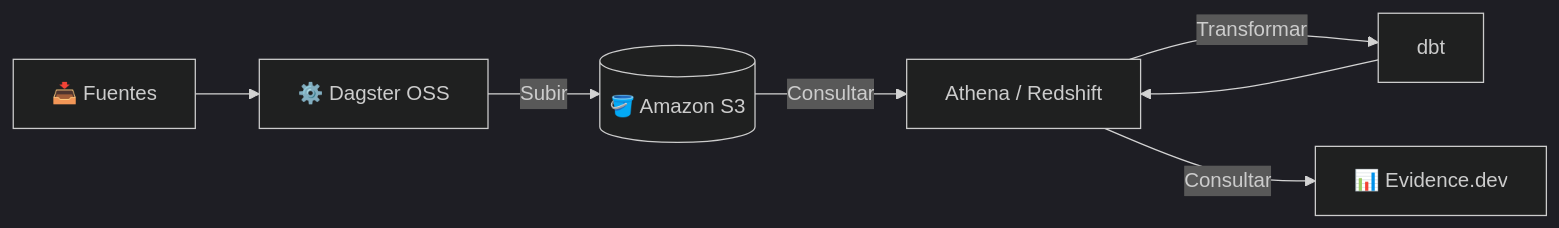
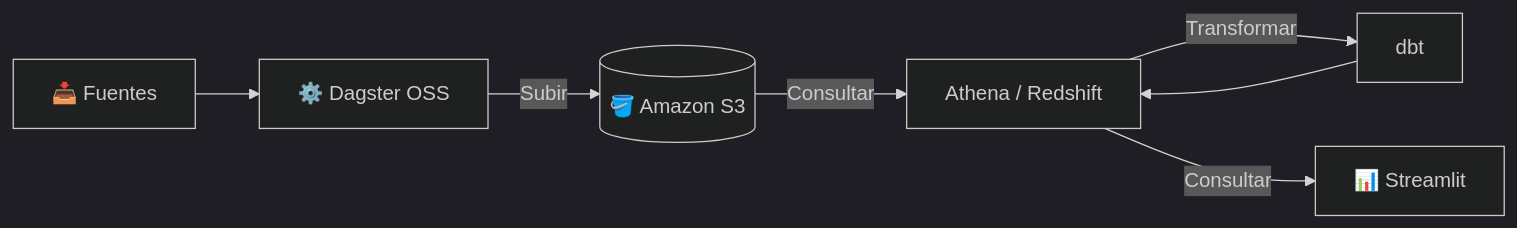
One commit to qwermk/National_Tourism_Project changed the fourth of 4 diagrams in README.es.md. Above: the diagram before and after it, drawn with Mermaid (dark theme). The commit also changed other lines of this file and 53 other files, not shown here.

````diff
--- a/README.es.md
+++ b/README.es.md
@@ -140,9 +148,9 @@
 ```mermaid
 flowchart LR
     Fuentes["📥 Fuentes"] --> Dagster["⚙️ Dagster OSS"]
     Dagster -->|Subir| S3[("🪣 Amazon S3")]
     S3 -->|Consultar| Athena["Athena / Redshift"]
     Athena -->|Transformar| DBT["dbt"]
     DBT --> Athena
-    Athena -->|Consultar| Evidence["📊 Evidence.dev"]
+    Athena -->|Consultar| Streamlit["📊 Streamlit"]
 ```
````
